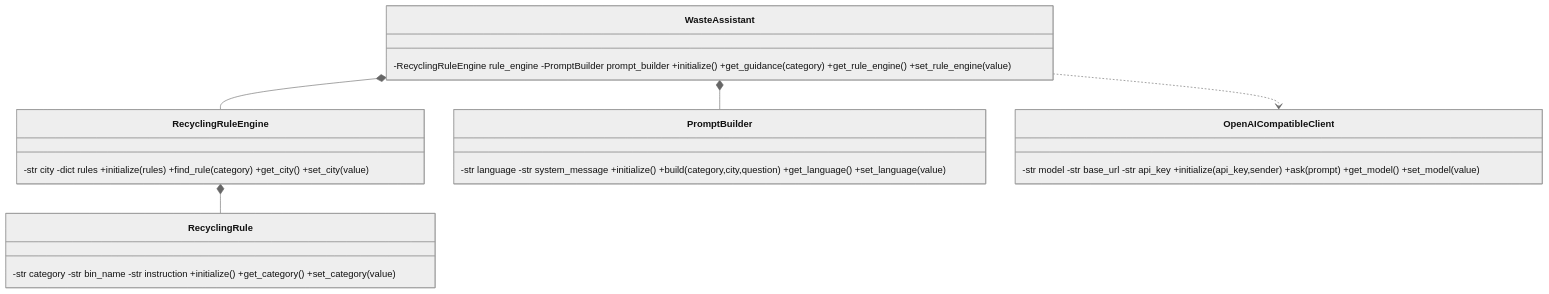
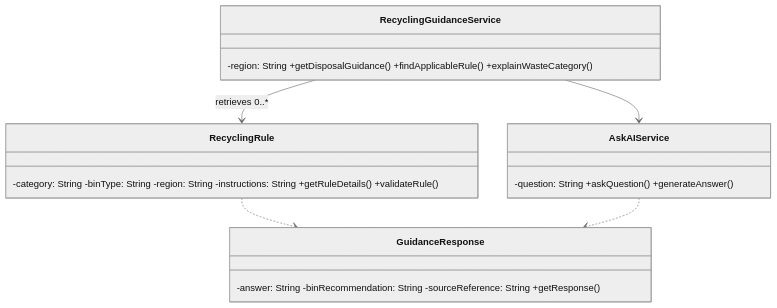
Before and after one commit to Deepa-FH/EcoSort-AI-Team22: the diagram in diagrams/subsystem_3_uml.mmd, drawn with Mermaid (neutral theme). The commit also changed 46 other files, not shown here.

Commit message:
Align Home Assignment 1 classes with capstone UML

```diff
--- a/diagrams/subsystem_3_uml.mmd
+++ b/diagrams/subsystem_3_uml.mmd
@@ -1,10 +1,9 @@
 classDiagram
-class RecyclingRule { -str category -str bin_name -str instruction +initialize() +get_category() +set_category(value) }
-class RecyclingRuleEngine { -str city -dict rules +initialize(rules) +find_rule(category) +get_city() +set_city(value) }
-class PromptBuilder { -str language -str system_message +initialize() +build(category,city,question) +get_language() +set_language(value) }
-class OpenAICompatibleClient { -str model -str base_url -str api_key +initialize(api_key,sender) +ask(prompt) +get_model() +set_model(value) }
-class WasteAssistant { -RecyclingRuleEngine rule_engine -PromptBuilder prompt_builder +initialize() +get_guidance(category) +get_rule_engine() +set_rule_engine(value) }
-RecyclingRuleEngine *-- RecyclingRule
-WasteAssistant *-- RecyclingRuleEngine
-WasteAssistant *-- PromptBuilder
-WasteAssistant ..> OpenAICompatibleClient
+class RecyclingGuidanceService { -region: String +getDisposalGuidance() +findApplicableRule() +explainWasteCategory() }
+class RecyclingRule { -category: String -binType: String -region: String -instructions: String +getRuleDetails() +validateRule() }
+class AskAIService { -question: String +askQuestion() +generateAnswer() }
+class GuidanceResponse { -answer: String -binRecommendation: String -sourceReference: String +getResponse() }
+RecyclingGuidanceService --> RecyclingRule : retrieves 0..*
+RecyclingGuidanceService --> AskAIService
+RecyclingRule ..> GuidanceResponse
+AskAIService ..> GuidanceResponse
```
